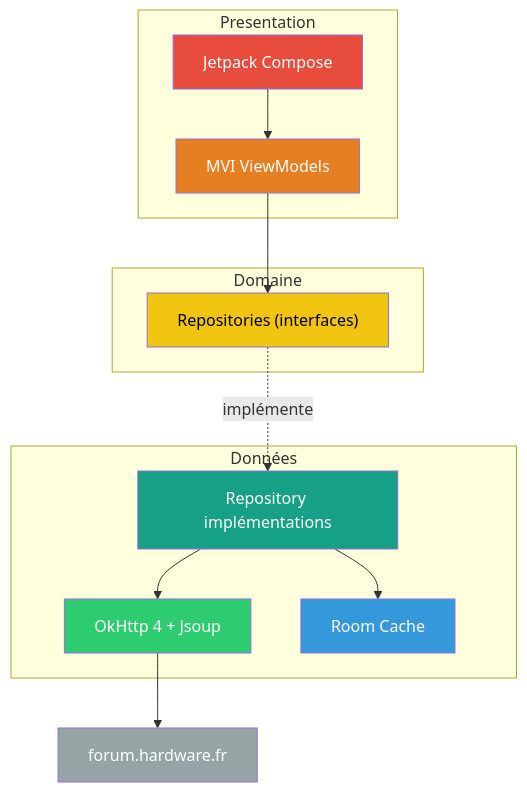
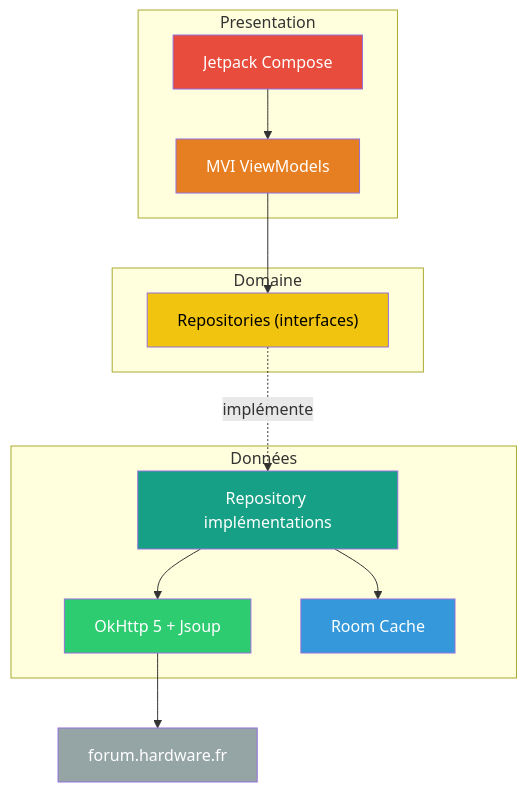
One commit to ForumHFR/redface2 changed the diagram in docs/index.md. Above: the diagram before and after it, drawn with Mermaid. The commit also changed other lines of this file, not shown here.

Commit message:
docs(index): aligner version OkHttp (4 → 5) sur la décision #23
OkHttp 5.3+ acté dans e04b257 mais index.md (tableau "Pourquoi une
réécriture" + diagramme mermaid "Vue d'ensemble") citait encore 4.
Cohérence cross-file.

````diff
--- a/docs/index.md
+++ b/docs/index.md
@@ -47,23 +47,23 @@
 ```mermaid
 graph TB
     subgraph "Presentation"
         A[Jetpack Compose] --> B[MVI ViewModels]
     end
     subgraph "Domaine"
         B --> C["Repositories (interfaces)"]
     end
     subgraph "Données"
         D["Repository implémentations"]
-        D --> E[OkHttp 4 + Jsoup]
+        D --> E[OkHttp 5 + Jsoup]
         D --> G[Room Cache]
     end
     C -.->|implémente| D
     E --> F["forum.hardware.fr"]
     style A fill:#e74c3c,color:#fff
     style B fill:#e67e22,color:#fff
     style C fill:#f1c40f,color:#000
     style D fill:#16a085,color:#fff
     style E fill:#2ecc71,color:#fff
     style G fill:#3498db,color:#fff
     style F fill:#95a5a6,color:#fff
 ```
````
